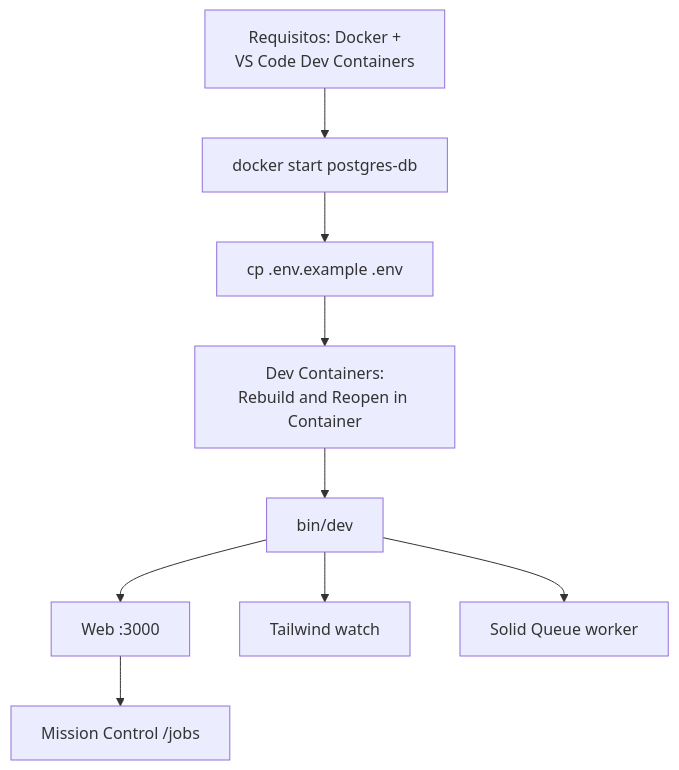
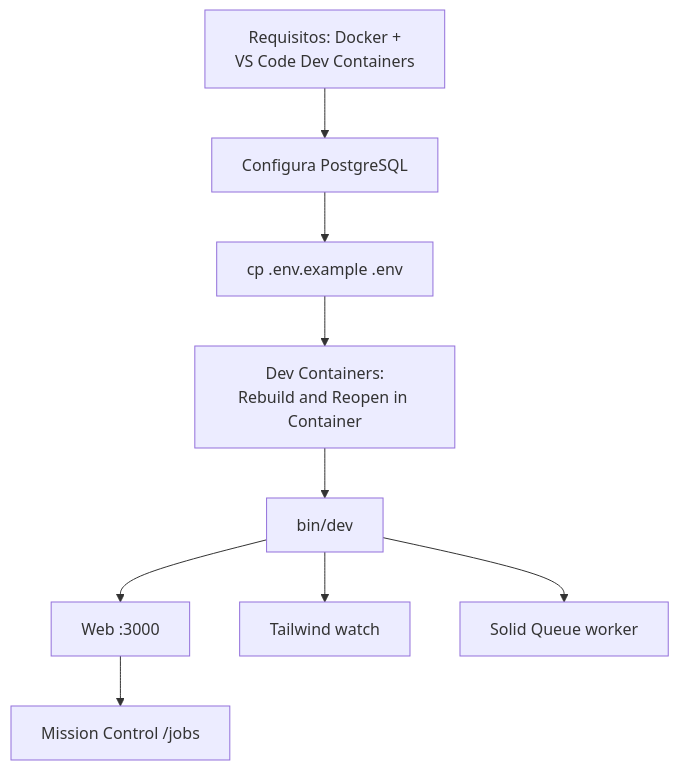
The diagram in docs/base/03-puesta-en-marcha.md (senmais/xannhael), drawn with Mermaid before and after one commit. The commit also changed other lines of this file and 11 other files, not shown here.

First line of the commit message:
Make PostgreSQL configuration project-aware

````diff
--- a/docs/base/03-puesta-en-marcha.md
+++ b/docs/base/03-puesta-en-marcha.md
@@ -7,11 +7,11 @@
 ```mermaid
 flowchart TD
-    A["Requisitos: Docker +<br/>VS Code Dev Containers"] --> B["docker start postgres-db"]
+    A["Requisitos: Docker +<br/>VS Code Dev Containers"] --> B["Configura PostgreSQL"]
     B --> C["cp .env.example .env"]
     C --> D["Dev Containers:<br/>Rebuild and Reopen in Container"]
     D --> E["bin/dev"]
     E --> F["Web :3000"]
     E --> G["Tailwind watch"]
     E --> H["Solid Queue worker"]
     F --> I["Mission Control /jobs"]
 ```
````
